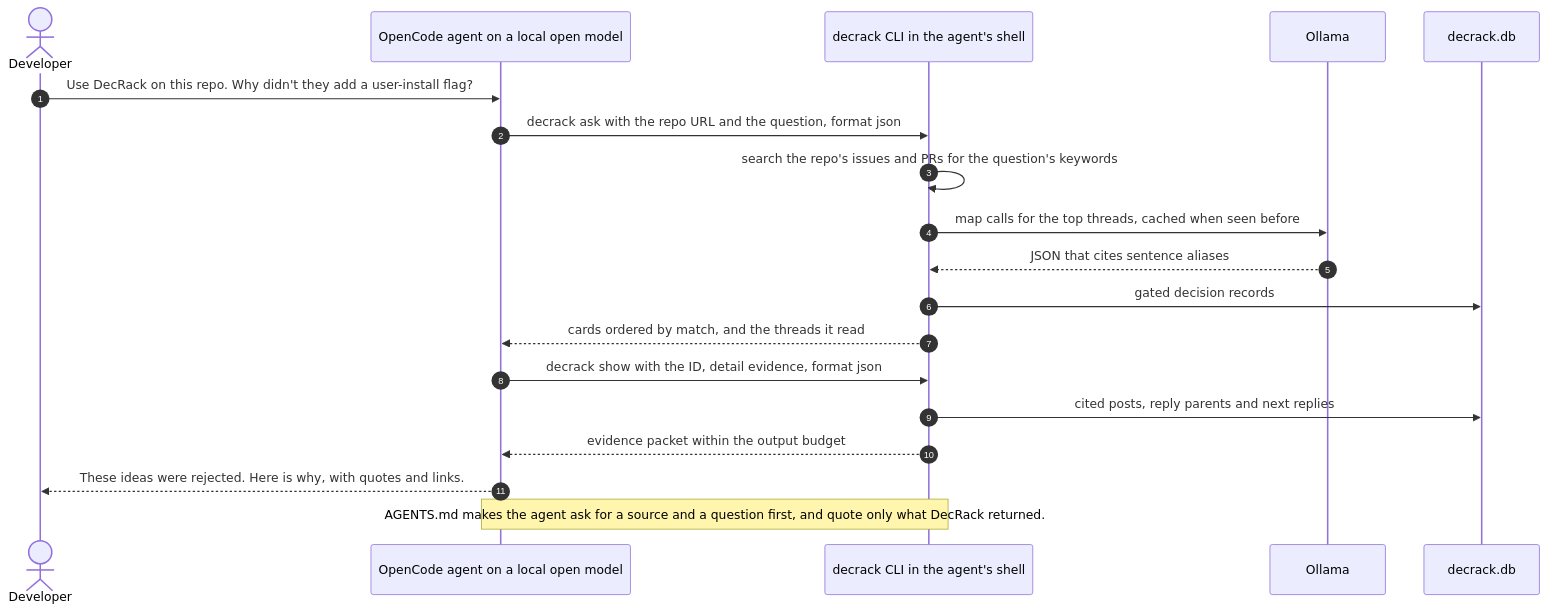
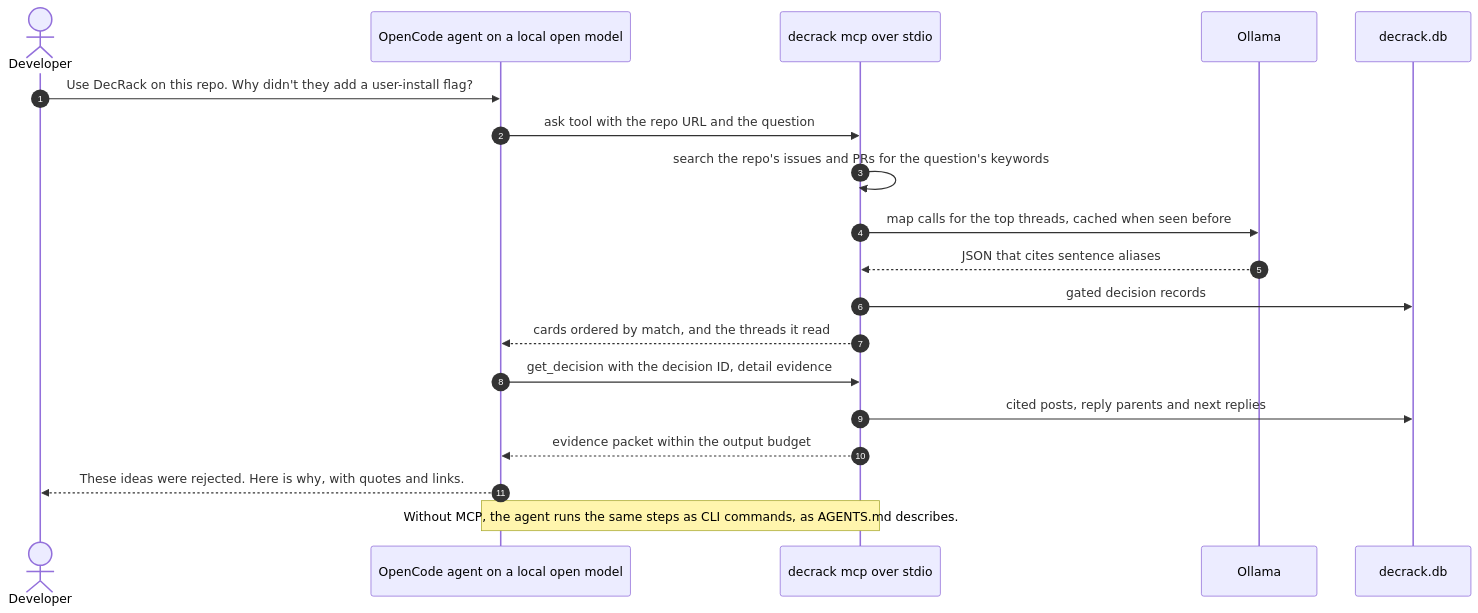
Before and after one commit to Madhav-GPT/DecRack: the seventh of 9 diagrams in docs/ARCHITECTURE.md, drawn with Mermaid. The commit also changed other lines of this file and 19 other files, not shown here.

````diff
--- a/docs/ARCHITECTURE.md
+++ b/docs/ARCHITECTURE.md
@@ -577,21 +602,21 @@
 ```mermaid
 sequenceDiagram
     autonumber
     actor Dev as Developer
     participant OC as OpenCode agent on a local open model
-    participant SH as decrack CLI in the agent's shell
+    participant DR as decrack mcp over stdio
     participant OL as Ollama
     participant DB as decrack.db
     Dev->>OC: Use DecRack on this repo. Why didn't they add a user-install flag?
-    OC->>SH: decrack ask with the repo URL and the question, format json
-    SH->>SH: search the repo's issues and PRs for the question's keywords
-    SH->>OL: map calls for the top threads, cached when seen before
-    OL-->>SH: JSON that cites sentence aliases
-    SH->>DB: gated decision records
-    SH-->>OC: cards ordered by match, and the threads it read
-    OC->>SH: decrack show with the ID, detail evidence, format json
-    SH->>DB: cited posts, reply parents and next replies
-    SH-->>OC: evidence packet within the output budget
+    OC->>DR: ask tool with the repo URL and the question
+    DR->>DR: search the repo's issues and PRs for the question's keywords
+    DR->>OL: map calls for the top threads, cached when seen before
+    OL-->>DR: JSON that cites sentence aliases
+    DR->>DB: gated decision records
+    DR-->>OC: cards ordered by match, and the threads it read
+    OC->>DR: get_decision with the decision ID, detail evidence
+    DR->>DB: cited posts, reply parents and next replies
+    DR-->>OC: evidence packet within the output budget
     OC-->>Dev: These ideas were rejected. Here is why, with quotes and links.
-    Note over OC,SH: AGENTS.md makes the agent ask for a source and a question first, and quote only what DecRack returned.
+    Note over OC,DR: Without MCP, the agent runs the same steps as CLI commands, as AGENTS.md describes.
 ```
````
